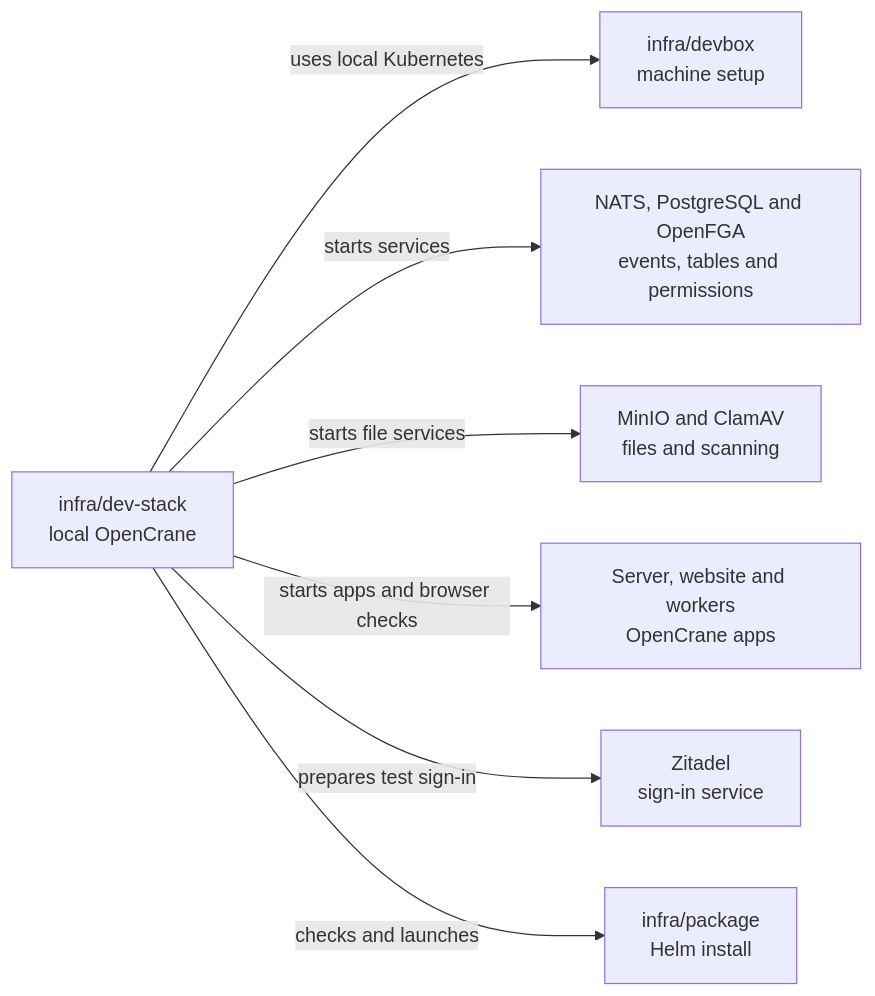
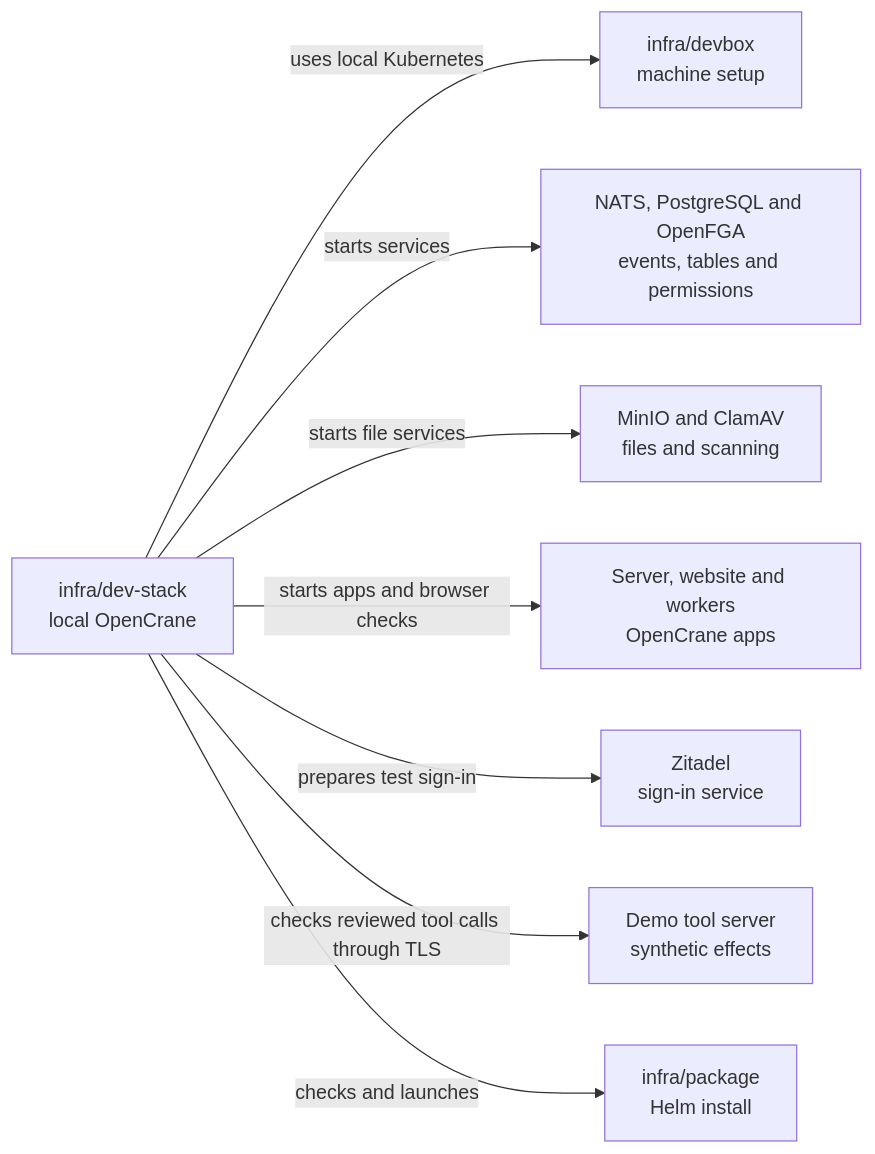
The diagram in infra/dev-stack/README.md (elewa-git/opencrane-new), drawn with Mermaid before and after one commit. The commit also changed other lines of this file and 7 other files, not shown here.

Commit message:
🧪 Qualify long chat approvals through the guarded TLS fixture

````diff
--- a/infra/dev-stack/README.md
+++ b/infra/dev-stack/README.md
@@ -19,9 +19,10 @@
 ```mermaid
 flowchart LR
   stack["infra/dev-stack<br/>local OpenCrane"] -->|uses local Kubernetes| devbox["infra/devbox<br/>machine setup"]
   stack -->|starts services| services["NATS, PostgreSQL and OpenFGA<br/>events, tables and permissions"]
   stack -->|starts file services| files["MinIO and ClamAV<br/>files and scanning"]
   stack -->|starts apps and browser checks| apps["Server, website and workers<br/>OpenCrane apps"]
   stack -->|prepares test sign-in| zitadel["Zitadel<br/>sign-in service"]
+  stack -->|checks reviewed tool calls through TLS| demo["Demo tool server<br/>synthetic effects"]
   stack -->|checks and launches| package["infra/package<br/>Helm install"]
 ```
````
